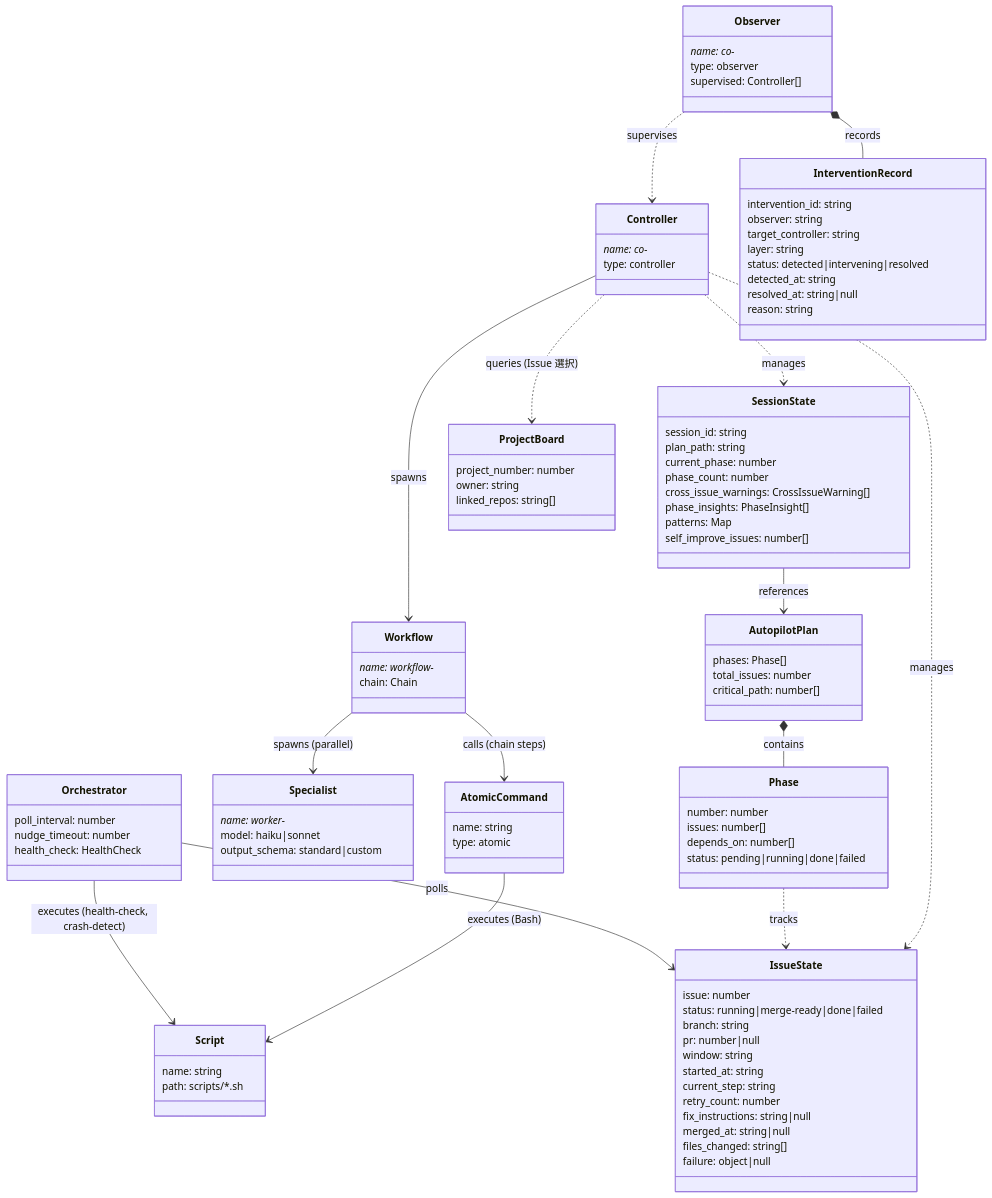
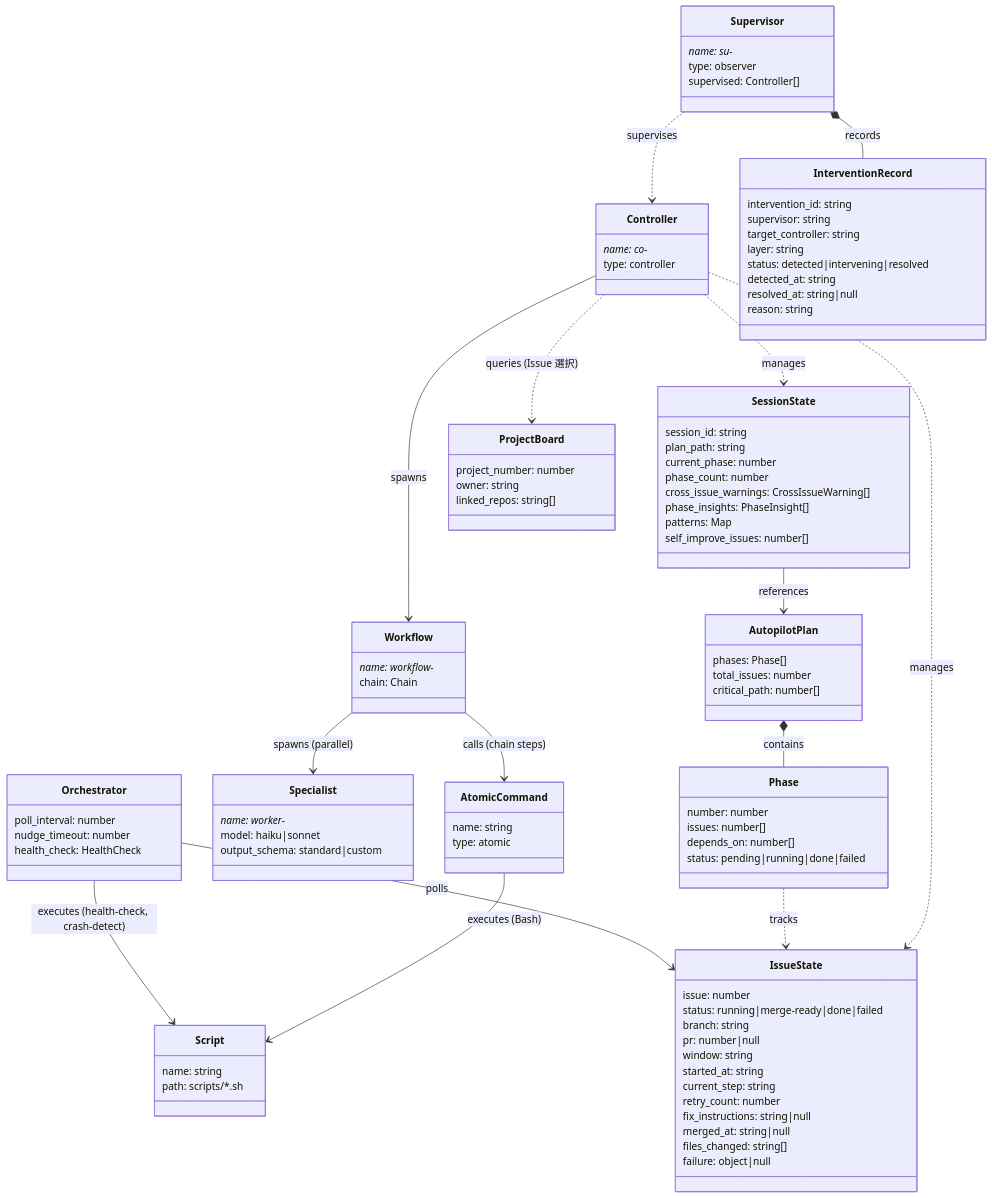
Before and after one commit to shuu5/twill: the first of 6 diagrams in plugins/twl/architecture/domain/model.md, drawn with Mermaid. The commit also changed other lines of this file and 5 other files, not shown here.

First line of the commit message:
feat(model): Observer → Supervisor クラス更新 (#351)

````diff
--- a/plugins/twl/architecture/domain/model.md
+++ b/plugins/twl/architecture/domain/model.md
@@ -70,14 +70,14 @@
         nudge_timeout: number
         health_check: HealthCheck
     }
-    class Observer {
-        name: co-*
+    class Supervisor {
+        name: su-*
         type: observer
         supervised: Controller[]
     }
     class InterventionRecord {
         intervention_id: string
-        observer: string
+        supervisor: string
         target_controller: string
         layer: string
         status: detected|intervening|resolved
@@ -97,6 +97,6 @@
     Controller ..> ProjectBoard : queries (Issue 選択)
     Orchestrator --> IssueState : polls
     Orchestrator --> Script : executes (health-check, crash-detect)
-    Observer ..> Controller : supervises
-    Observer *-- InterventionRecord : records
+    Supervisor ..> Controller : supervises
+    Supervisor *-- InterventionRecord : records
 ```
````
